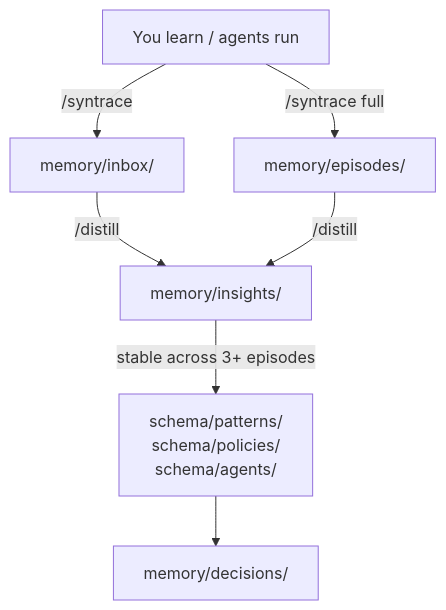
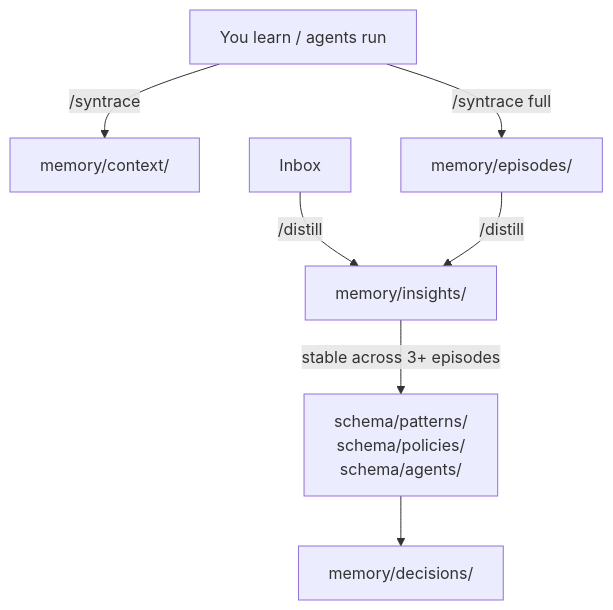
One commit to leksval/syntrace changed the diagram in README.md. Above: the diagram before and after it, drawn with Mermaid. The commit also changed other lines of this file and 12 other files, not shown here.

````diff
--- a/README.md
+++ b/README.md
@@ -134,9 +133,9 @@
 ```mermaid
 flowchart TD
-    Work["You learn / agents run"] -->|"/syntrace"| Inbox["memory/inbox/"]
+    Work["You learn / agents run"] -->|"/syntrace"| Context["memory/context/"]
     Work -->|"/syntrace full"| Episodes["memory/episodes/"]
     Inbox -->|"/distill"| Insights["memory/insights/"]
     Episodes -->|"/distill"| Insights
     Insights -->|"stable across 3+ episodes"| Schema["schema/patterns/\nschema/policies/\nschema/agents/"]
     Schema --> Decisions["memory/decisions/"]
 ```
````
